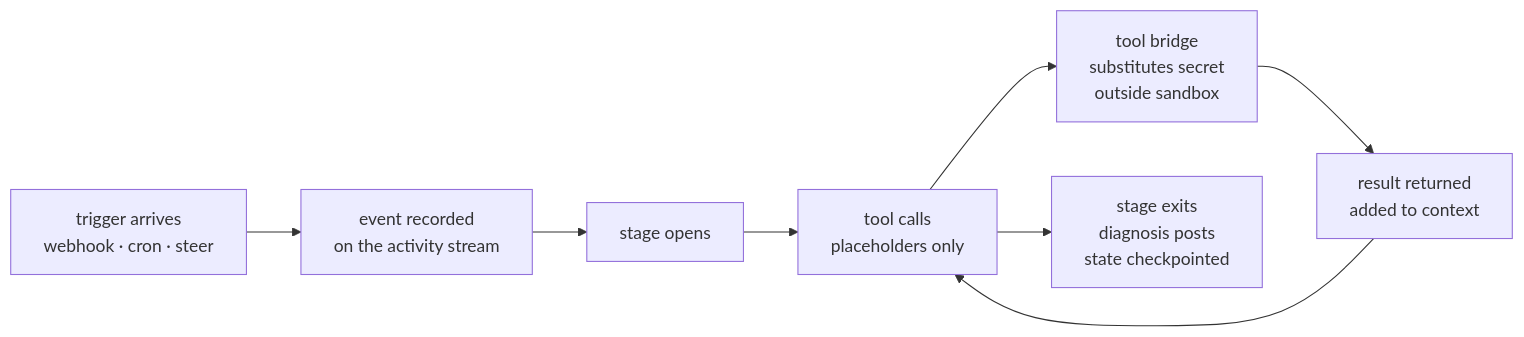
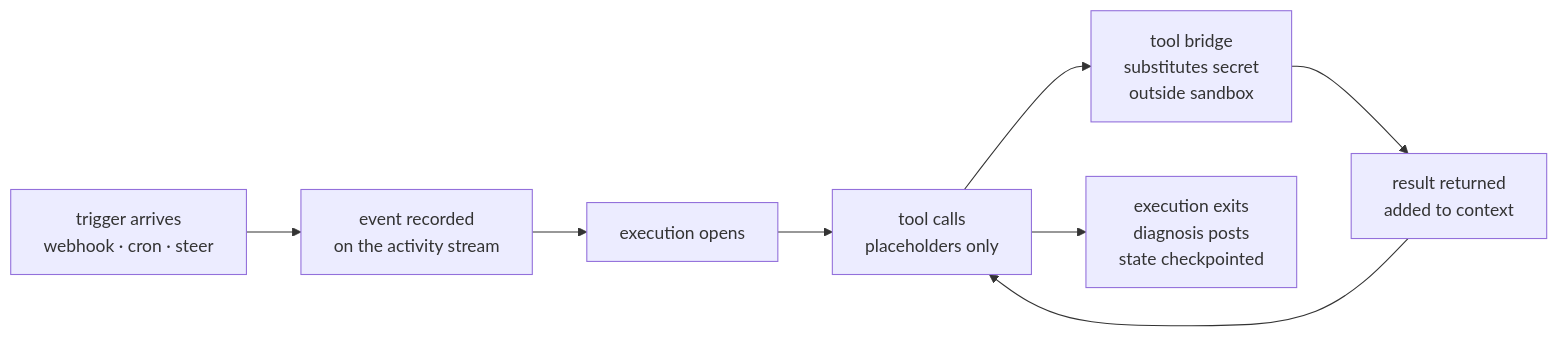
The diagram in concepts.mdx (agentsfleet/docs), drawn with Mermaid before and after one commit. The commit also changed other lines of this file and 5 other files, not shown here.

````diff
--- a/concepts.mdx
+++ b/concepts.mdx
@@ -59,10 +59,10 @@
 ```mermaid
 flowchart LR
     Trigger[trigger arrives<br/>webhook · cron · steer] --> Event[event recorded<br/>on the activity stream]
-    Event --> Stage[stage opens]
-    Stage --> Tool[tool calls<br/>placeholders only]
+    Event --> Execution[execution opens]
+    Execution --> Tool[tool calls<br/>placeholders only]
     Tool --> Bridge[tool bridge<br/>substitutes secret<br/>outside sandbox]
     Bridge --> Result[result returned<br/>added to context]
     Result --> Tool
-    Tool --> Done[stage exits<br/>diagnosis posts<br/>state checkpointed]
+    Tool --> Done[execution exits<br/>diagnosis posts<br/>state checkpointed]
 ```
````
